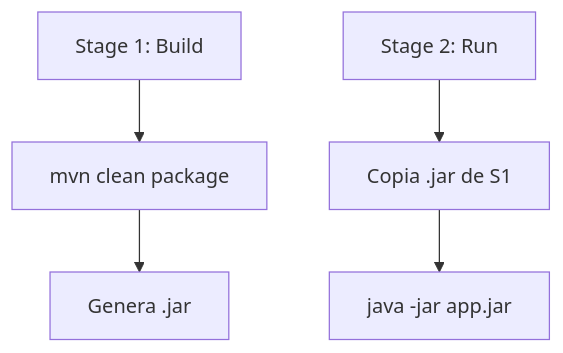
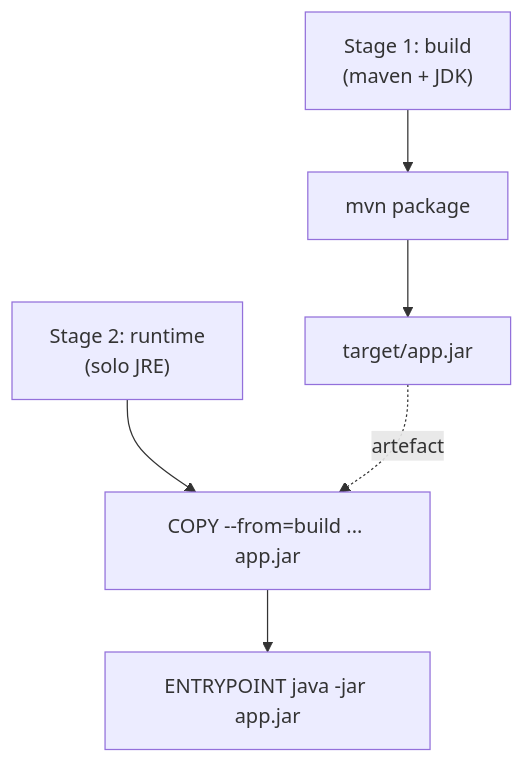
The first of 4 diagrams in Programación/Aprendizaje autodidacta/11_APIRESTMasterclass/teoria/22_Docker_Despliegue.md (obiticadev/DAM-2025-26), drawn with Mermaid before and after one commit. The commit also changed other lines of this file and 74 other files, not shown here.

````diff
--- a/Programación/Aprendizaje autodidacta/11_APIRESTMasterclass/teoria/22_Docker_Despliegue.md
+++ b/Programación/Aprendizaje autodidacta/11_APIRESTMasterclass/teoria/22_Docker_Despliegue.md
@@ -36,7 +57,8 @@
 ```mermaid
 flowchart TD
-    S1[Stage 1: Build] --> M[mvn clean package]
-    M --> J[Genera .jar]
-    S2[Stage 2: Run] --> C[Copia .jar de S1]
-    C --> R[java -jar app.jar]
+    S1["Stage 1: build<br/>(maven + JDK)"] --> M["mvn package"]
+    M --> J["target/app.jar"]
+    S2["Stage 2: runtime<br/>(solo JRE)"] --> C["COPY --from=build ... app.jar"]
+    J -.artefacto.-> C
+    C --> R["ENTRYPOINT java -jar app.jar"]
 ```
````
